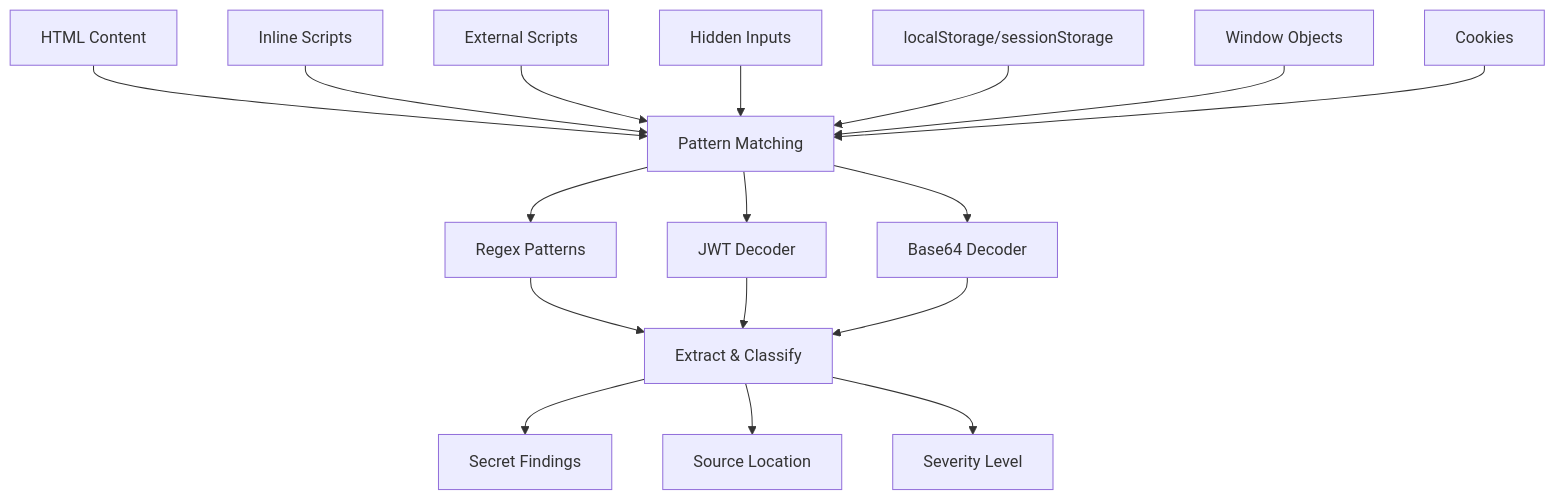
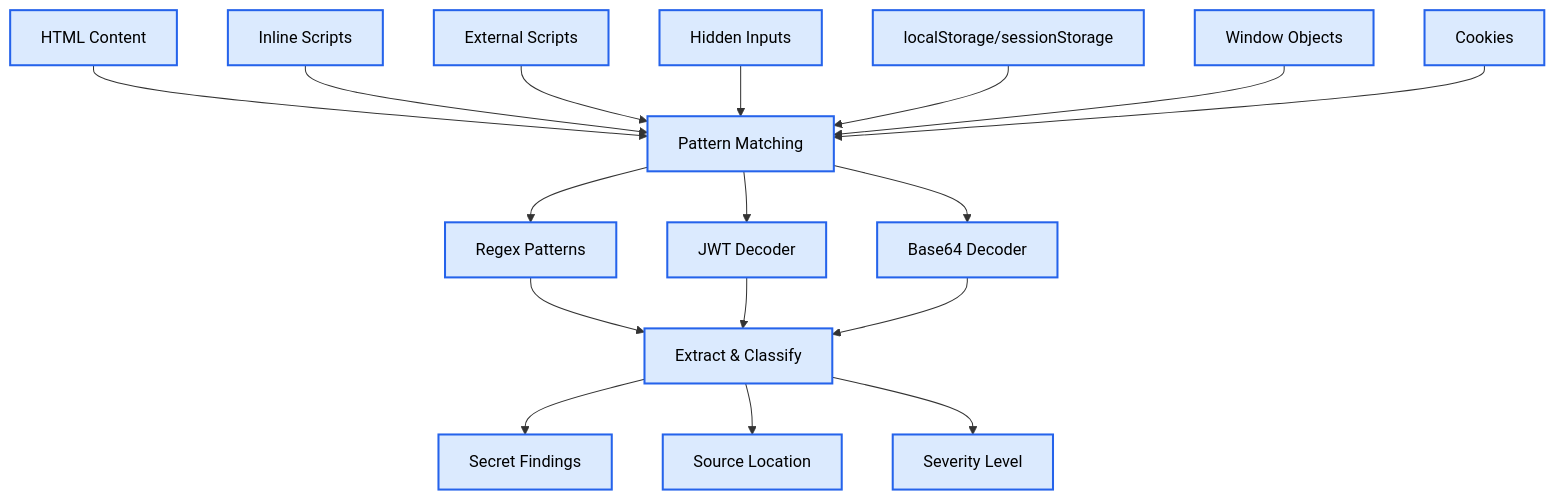
The third of 3 diagrams in README.md (ul0gic/corrode), drawn with Mermaid before and after one commit. The commit also changed other lines of this file, not shown here.

Commit message:
docs: update workflow diagrams from sequence to flowchart and add styling

````diff
--- a/README.md
+++ b/README.md
@@ -81,19 +74,22 @@
 ```mermaid
 graph TD
     S1[HTML Content] --> P[Pattern Matching]
     S2[Inline Scripts] --> P
     S3[External Scripts] --> P
     S4[Hidden Inputs] --> P
     S5[localStorage/sessionStorage] --> P
     S6[Window Objects] --> P
     S7[Cookies] --> P
     P --> D1[Regex Patterns]
     P --> D2[JWT Decoder]
     P --> D3[Base64 Decoder]
     D1 --> R[Extract & Classify]
     D2 --> R
     D3 --> R
     R --> F1[Secret Findings]
     R --> F2[Source Location]
     R --> F3[Severity Level]
+
+    classDef blue fill:#dbeafe,stroke:#2563eb,stroke-width:2px,color:#000
+    class S1,S2,S3,S4,S5,S6,S7,P,D1,D2,D3,R,F1,F2,F3 blue
 ```
````
